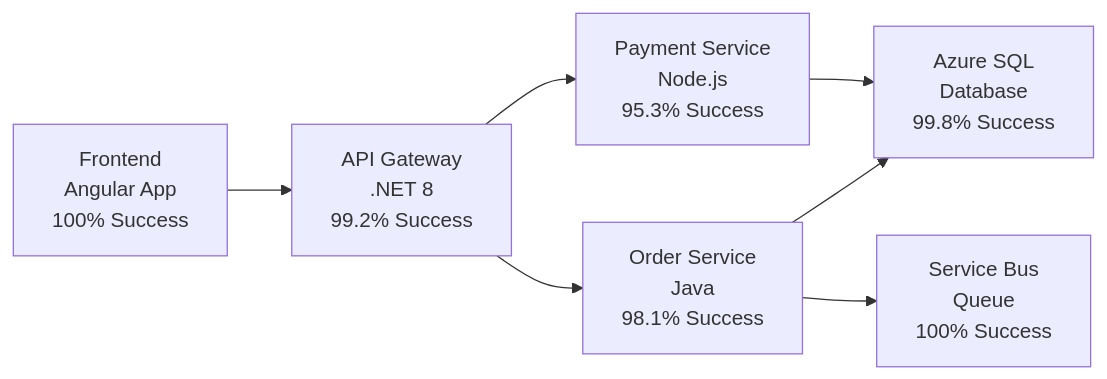
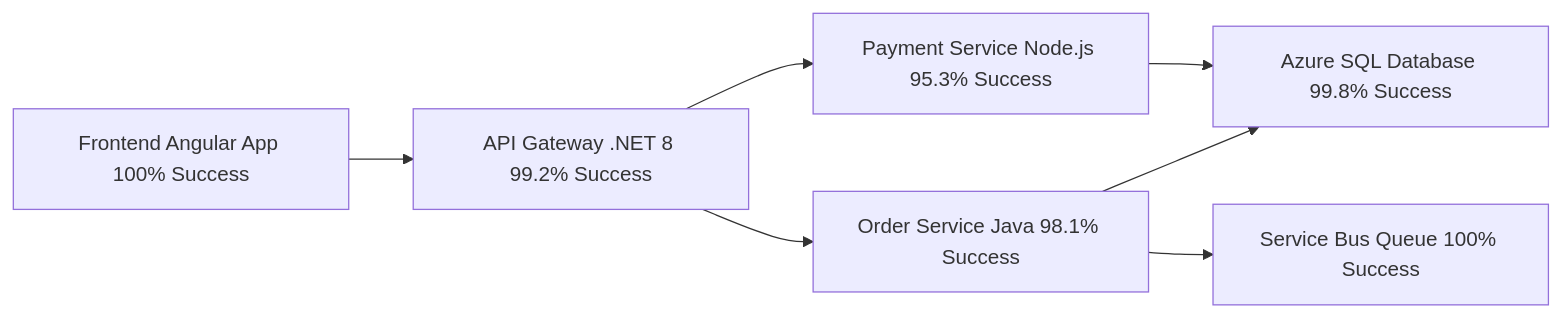
Before and after one commit to SoniiiT/notes-n-docs: the second of 3 diagrams in Microsoft 365/Azure/Monitor und Management/Application Insights.md, drawn with Mermaid. The commit also changed other lines of this file and 124 other files, not shown here.

First line of the commit message:
fix: Entferne \n aus allen Mermaid-Diagrammen (125 Dateien)

````diff
--- a/Microsoft 365/Azure/Monitor und Management/Application Insights.md
+++ b/Microsoft 365/Azure/Monitor und Management/Application Insights.md
@@ -244,16 +244,16 @@
 ```mermaid
 graph LR
-    Frontend["Frontend\nAngular App\n100% Success"]
-    API["API Gateway\n.NET 8\n99.2% Success"]
-    OrderSvc["Order Service\nJava\n98.1% Success"]
-    PaymentSvc["Payment Service\nNode.js\n95.3% Success"]
-    DB["Azure SQL\nDatabase\n99.8% Success"]
-    SB["Service Bus\nQueue\n100% Success"]
+    Frontend["Frontend Angular App 100% Success"]
+    API["API Gateway .NET 8 99.2% Success"]
+    OrderSvc["Order Service Java 98.1% Success"]
+    PaymentSvc["Payment Service Node.js 95.3% Success"]
+    DB["Azure SQL Database 99.8% Success"]
+    SB["Service Bus Queue 100% Success"]
 
     Frontend --> API
     API --> OrderSvc
     API --> PaymentSvc
     OrderSvc --> DB
     OrderSvc --> SB
     PaymentSvc --> DB
 ```
````
